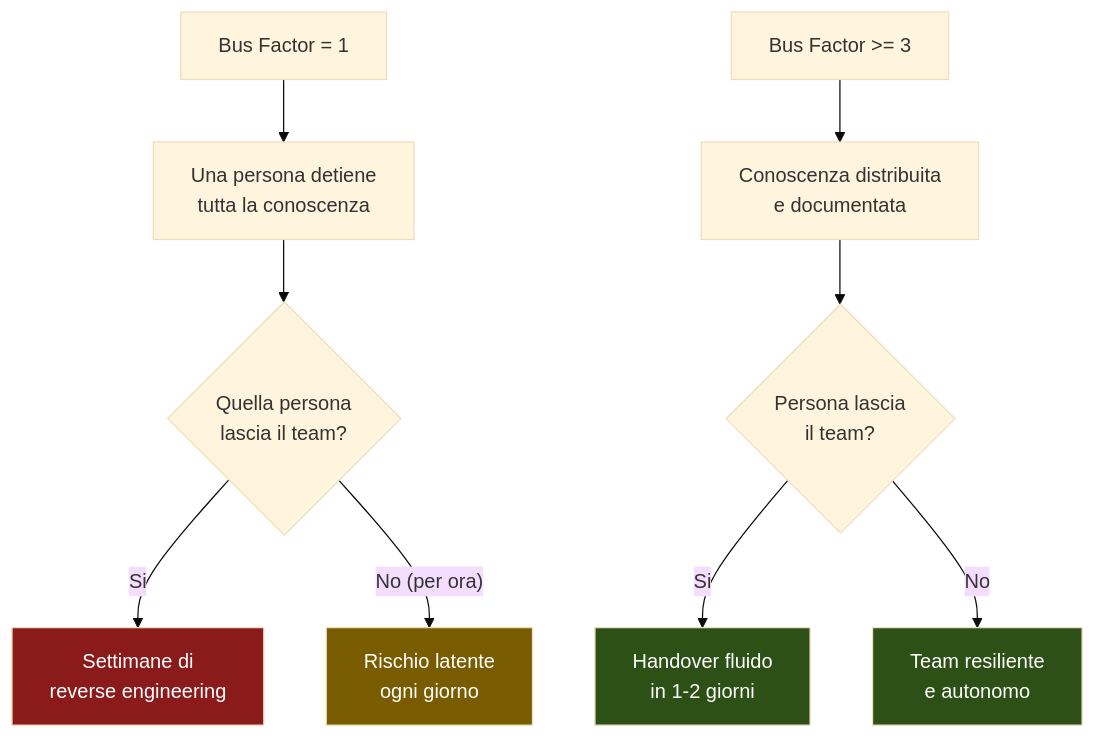
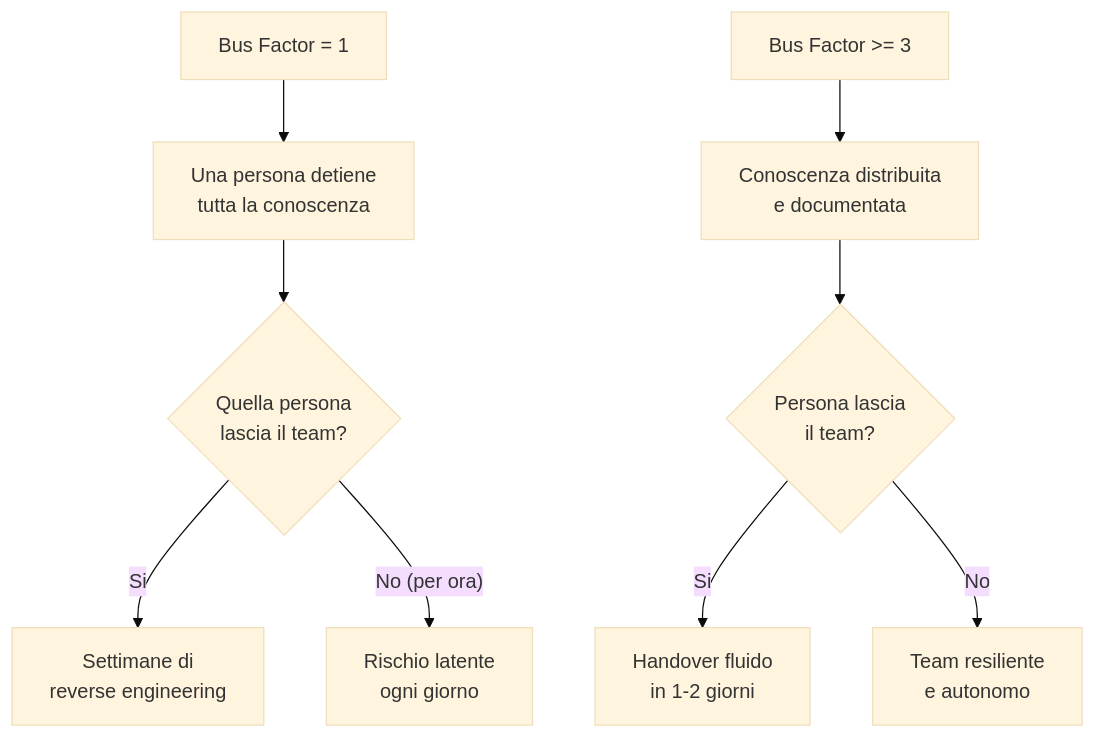
One commit to AndreyBertasini/gynnitech changed the first of 4 diagrams in src/content/corso/infrastructure-ops/documentation.mdx. Above: the diagram before and after it, drawn with Mermaid (base theme). The commit also changed other lines of this file and 110 other files, not shown here.

First line of the commit message:
chore(content): optimize mermaid diagrams for mobile and dark theme

````diff
--- a/src/content/corso/infrastructure-ops/documentation.mdx
+++ b/src/content/corso/infrastructure-ops/documentation.mdx
@@ -35,25 +35,21 @@
 ```mermaid
 flowchart TD
     A["Bus Factor = 1"] --> B["Una persona detiene
     tutta la conoscenza"]
     B --> C{"Quella persona
     lascia il team?"}
     C -->|"Si"| D["Settimane di
     reverse engineering"]
     C -->|"No (per ora)"| E["Rischio latente
     ogni giorno"]
 
     F["Bus Factor >= 3"] --> G["Conoscenza distribuita
     e documentata"]
     G --> H{"Persona lascia
     il team?"}
     H -->|"Si"| I["Handover fluido
     in 1-2 giorni"]
     H -->|"No"| J["Team resiliente
     e autonomo"]
 
-    style D fill:#8b1a1a,color:#ffffff
-    style E fill:#7a5c00,color:#ffffff
-    style I fill:#2d5016,color:#ffffff
-    style J fill:#2d5016,color:#ffffff
 ```
````
